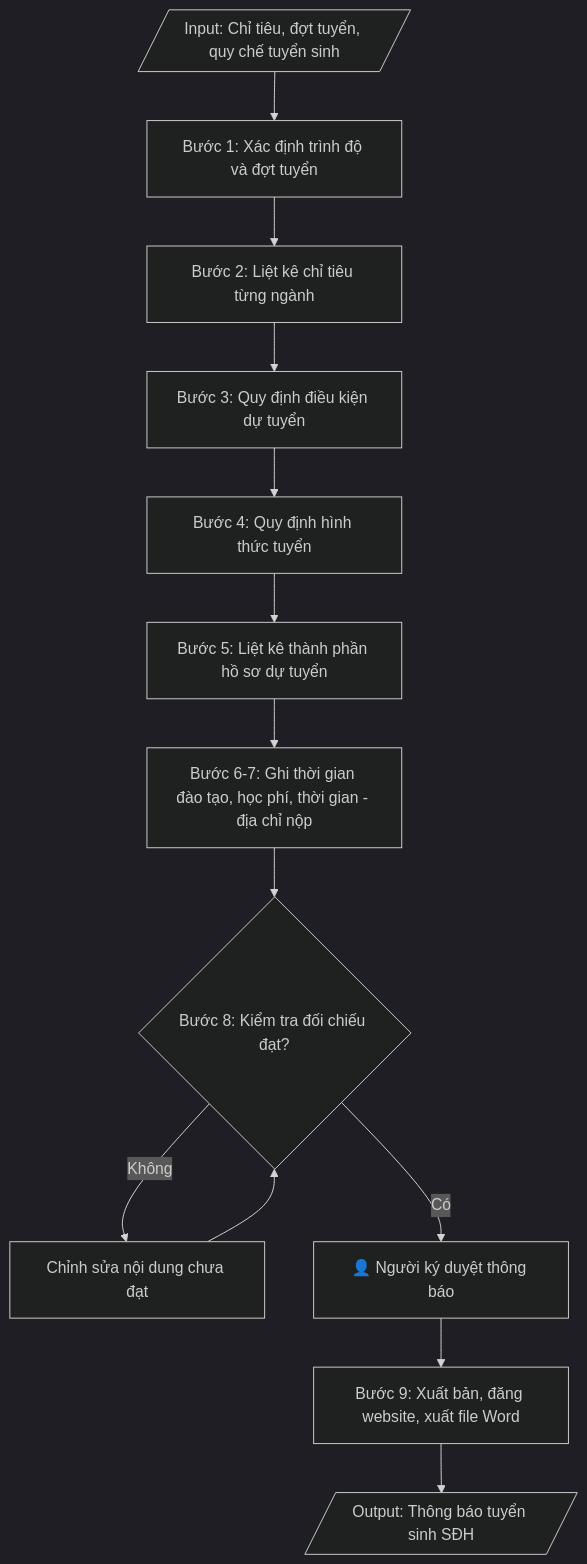
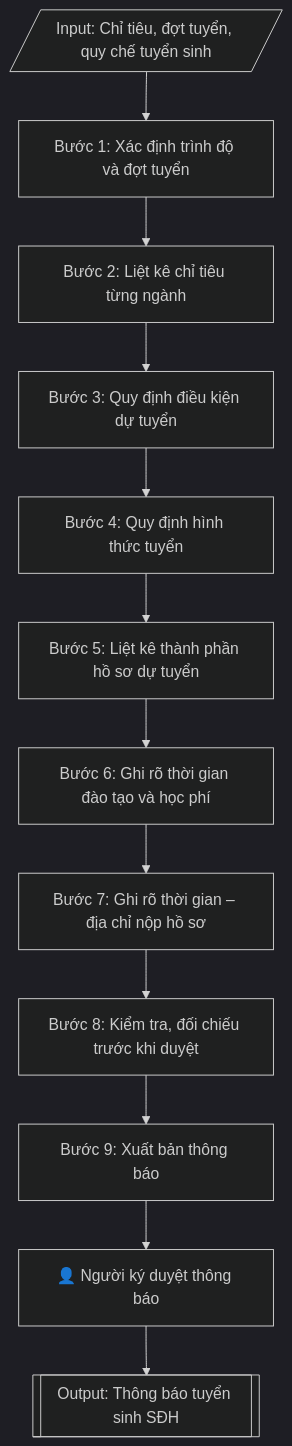
Before and after one commit to phamtruong91/dh-skills: the diagram in skills/thong-bao-tuyen-sinh-sdh/SKILL.md, drawn with Mermaid (dark theme). The commit also changed 124 other files, not shown here.

First line of the commit message:
Khôi phục quy trình đầy đủ cho 58 skill bị rút gọn (nghiệp vụ gốc + ràng buộc pháp lý từ phap-ly.md)

````diff
--- a/skills/thong-bao-tuyen-sinh-sdh/SKILL.md
+++ b/skills/thong-bao-tuyen-sinh-sdh/SKILL.md
@@ -139,20 +139,14 @@
 ```mermaid
 flowchart TD
-    IN[/"Input: Chỉ tiêu, đợt tuyển, quy chế tuyển sinh"/]
-    A["Bước 1: Xác định trình độ và đợt tuyển"]
-    B["Bước 2: Liệt kê chỉ tiêu từng ngành"]
-    C["Bước 3: Quy định điều kiện dự tuyển"]
-    D["Bước 4: Quy định hình thức tuyển"]
-    E["Bước 5: Liệt kê thành phần hồ sơ dự tuyển"]
-    F["Bước 6-7: Ghi thời gian đào tạo, học phí, thời gian - địa chỉ nộp"]
-    G{"Bước 8: Kiểm tra đối chiếu đạt?"}
-    H["Chỉnh sửa nội dung chưa đạt"]
-    HG["👤 Người ký duyệt thông báo"]
-    I["Bước 9: Xuất bản, đăng website, xuất file Word"]
-    OUT[/"Output: Thông báo tuyển sinh SĐH"/]
-
-    IN --> A --> B --> C --> D --> E --> F --> G
-    G -->|Không| H
-    H --> G
-    G -->|Có| HG --> I --> OUT
+    IN[/"Input: Chỉ tiêu, đợt tuyển, quy chế tuyển sinh"/] --> B1["Bước 1: Xác định trình độ và đợt tuyển"]
+    B1 --> B2["Bước 2: Liệt kê chỉ tiêu từng ngành"]
+    B2 --> B3["Bước 3: Quy định điều kiện dự tuyển"]
+    B3 --> B4["Bước 4: Quy định hình thức tuyển"]
+    B4 --> B5["Bước 5: Liệt kê thành phần hồ sơ dự tuyển"]
+    B5 --> B6["Bước 6: Ghi rõ thời gian đào tạo và học phí"]
+    B6 --> B7["Bước 7: Ghi rõ thời gian – địa chỉ nộp hồ sơ"]
+    B7 --> B8["Bước 8: Kiểm tra, đối chiếu trước khi duyệt"]
+    B8 --> B9["Bước 9: Xuất bản thông báo"]
+    B9 --> HG["👤 Người ký duyệt thông báo"]
+    HG --> OUT[["Output: Thông báo tuyển sinh SĐH"]]
 ```
````
